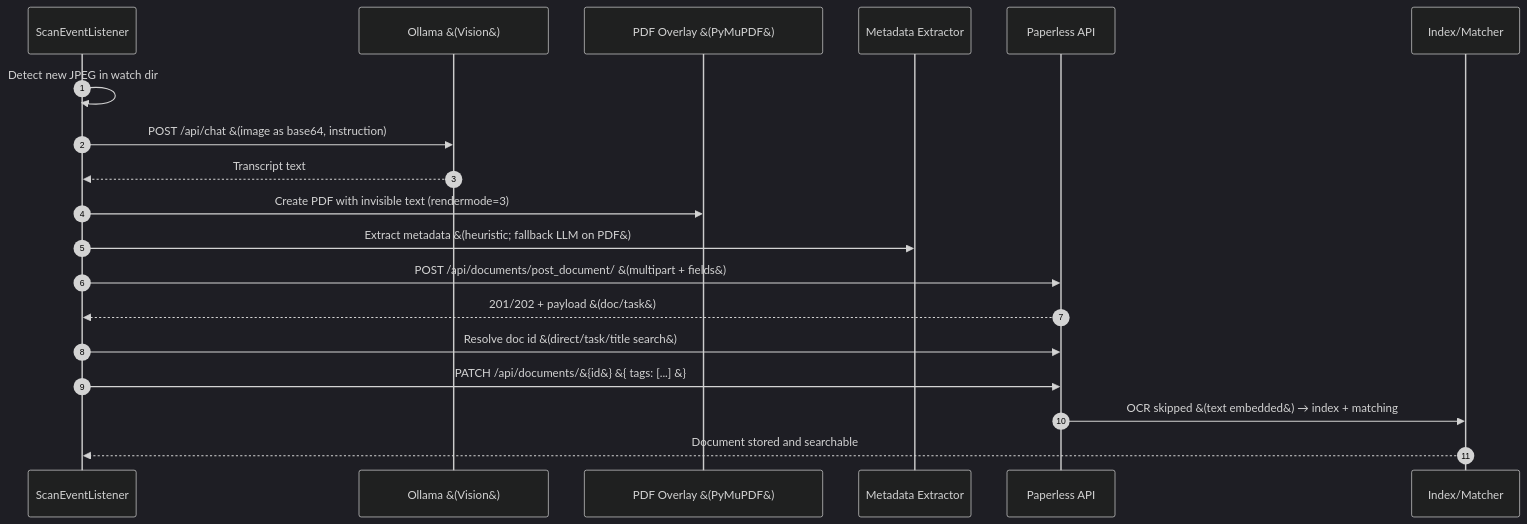
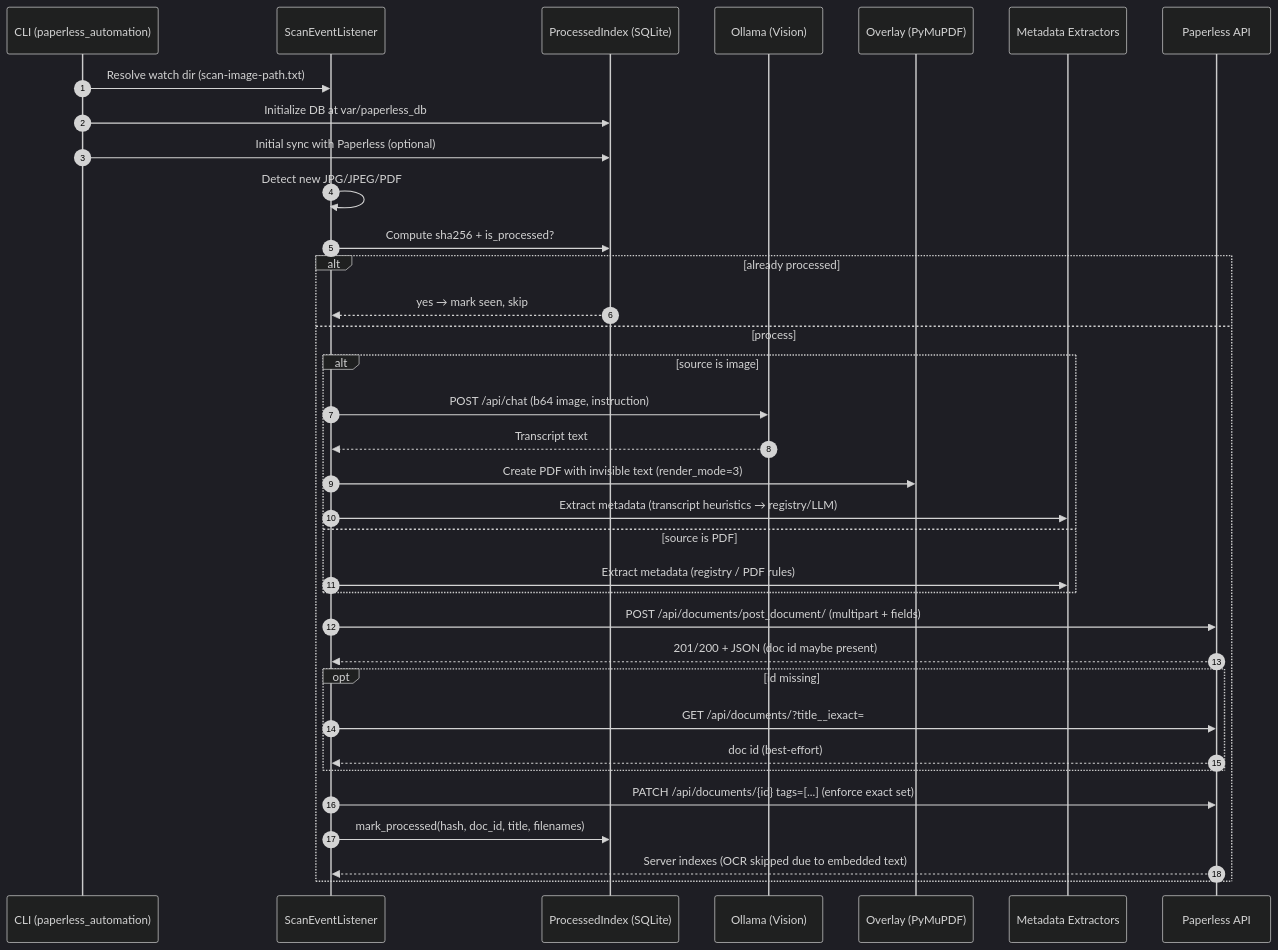
Before and after one commit to Nicolas2912/paperless-receipt-automation: the second of 4 diagrams in diagrams.md, drawn with Mermaid (dark theme). The commit also changed other lines of this file and 1 other file, not shown here.

Commit message:
update(doxs): update AGENTS.md and diagrams.md

````diff
--- a/diagrams.md
+++ b/diagrams.md
@@ -19,22 +54,39 @@
 ```mermaid
 sequenceDiagram
     autonumber
-    participant SL as ScanEventListener
-    participant O as Ollama &#40;Vision&#41;
-    participant PDF as PDF Overlay &#40;PyMuPDF&#41;
-    participant X as Metadata Extractor
+    participant CLI as CLI (paperless_automation)
+    participant Watch as ScanEventListener
+    participant IdxDB as ProcessedIndex (SQLite)
+    participant Ollama as Ollama (Vision)
+    participant PDF as Overlay (PyMuPDF)
+    participant Meta as Metadata Extractors
     participant P as Paperless API
-    participant IDX as Index/Matcher
 
-    SL->>SL: Detect new JPEG in watch dir
-    SL->>O: POST /api/chat &#40;image as base64, instruction#41;
-    O-->>SL: Transcript text
-    SL->>PDF: Create PDF with invisible text #40;rendermode=3#41;
-    SL->>X: Extract metadata &#40;heuristic#59; fallback LLM on PDF&#41;
-    SL->>P: POST /api/documents/post_document/ &#40;multipart + fields&#41;
-    P-->>SL: 201/202 + payload &#40;doc/task&#41;
-    SL->>P: Resolve doc id &#40;direct/task/title search&#41;
-    SL->>P: PATCH /api/documents/&#123;id&#125; &#123; tags: [...] &#125;
-    P->>IDX: OCR skipped &#40;text embedded&#41; → index + matching
-    IDX-->>SL: Document stored and searchable
+    CLI->>Watch: Resolve watch dir (scan-image-path.txt)
+    CLI->>IdxDB: Initialize DB at var/paperless_db
+    CLI->>IdxDB: Initial sync with Paperless (optional)
+
+    Watch->>Watch: Detect new JPG/JPEG/PDF
+    Watch->>IdxDB: Compute sha256 + is_processed?
+    alt already processed
+        IdxDB-->>Watch: yes → mark seen, skip
+    else process
+        alt source is image
+            Watch->>Ollama: POST /api/chat (b64 image, instruction)
+            Ollama-->>Watch: Transcript text
+            Watch->>PDF: Create PDF with invisible text (render_mode=3)
+            Watch->>Meta: Extract metadata (transcript heuristics → registry/LLM)
+        else source is PDF
+            Watch->>Meta: Extract metadata (registry / PDF rules)
+        end
+        Watch->>P: POST /api/documents/post_document/ (multipart + fields)
+        P-->>Watch: 201/200 + JSON (doc id maybe present)
+        opt id missing
+            Watch->>P: GET /api/documents/?title__iexact=
+            P-->>Watch: doc id (best-effort)
+        end
+        Watch->>P: PATCH /api/documents/{id} tags=[...] (enforce exact set)
+        Watch->>IdxDB: mark_processed(hash, doc_id, title, filenames)
+        P-->>Watch: Server indexes (OCR skipped due to embedded text)
+    end
 ```
````
